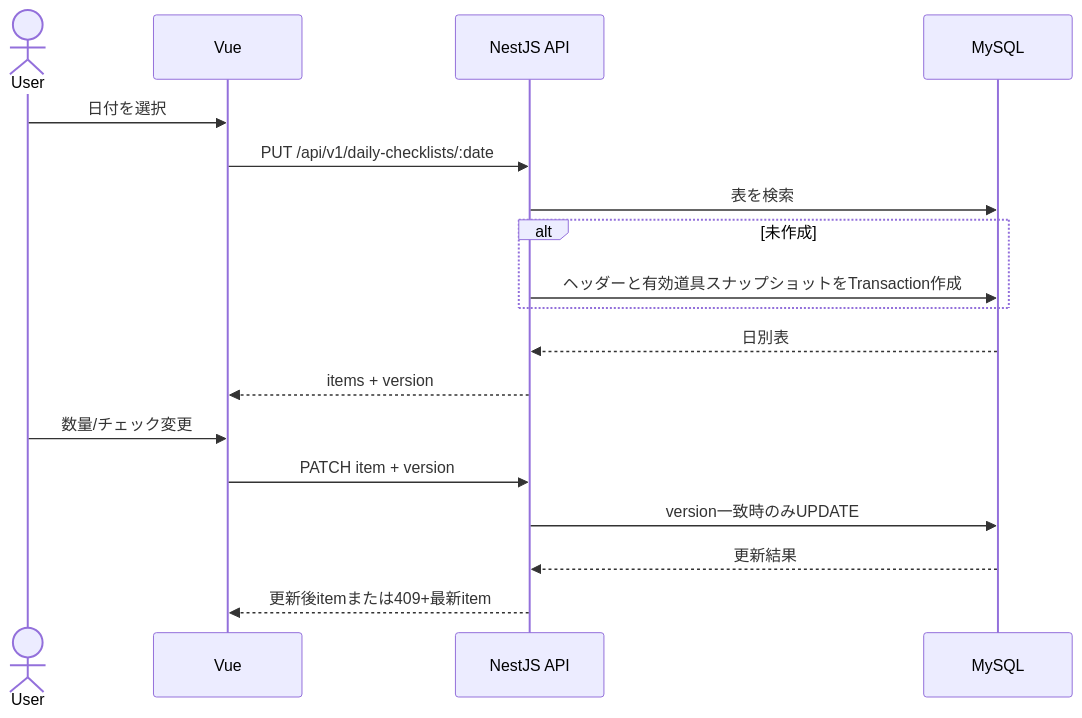
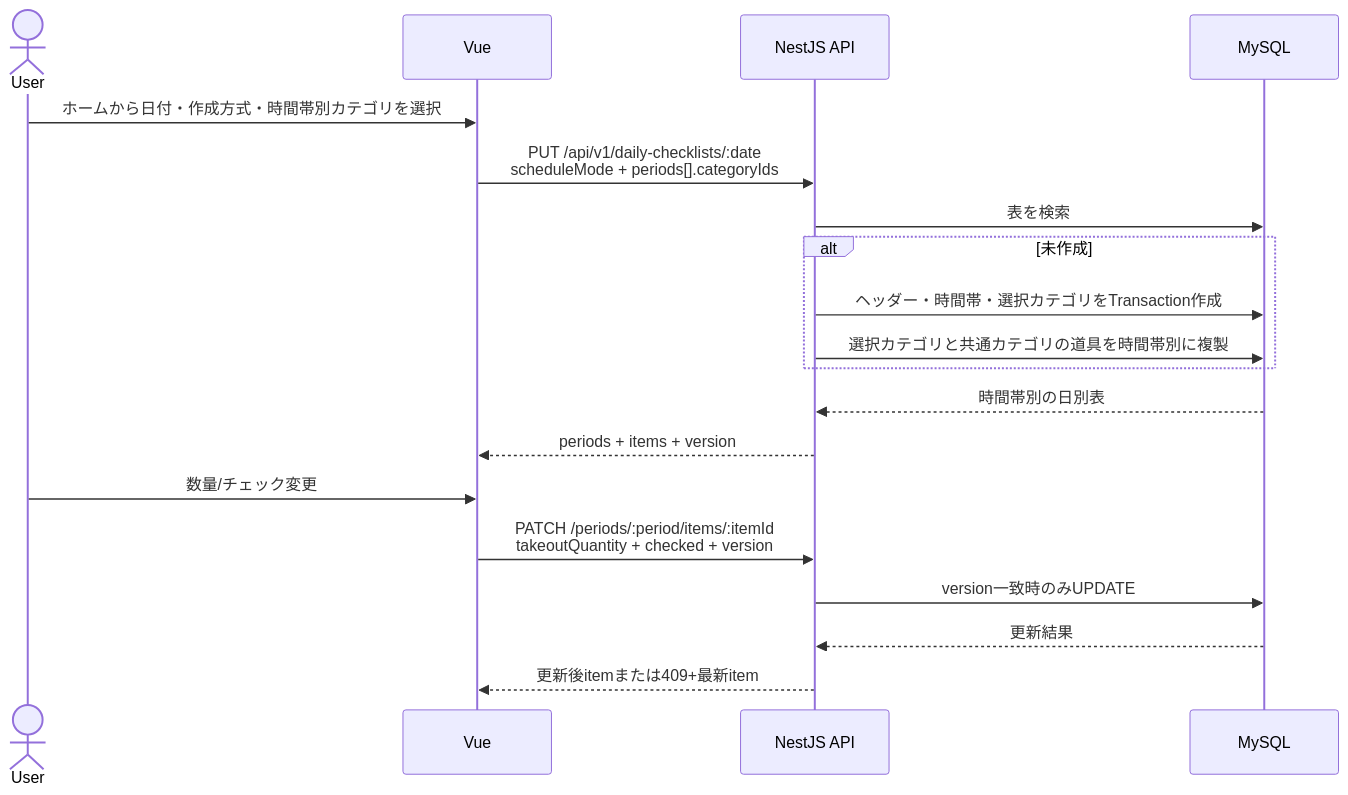
One commit to Hiroyuki-12/FieldFlow changed the diagram in docs/design/application-architecture.md. Above: the diagram before and after it, drawn with Mermaid. The commit also changed 14 other files, not shown here.

````diff
--- a/docs/design/application-architecture.md
+++ b/docs/design/application-architecture.md
@@ -64,20 +64,21 @@
 ```mermaid
 sequenceDiagram
     actor User
     participant Vue
     participant Nest as NestJS API
     participant DB as MySQL
-    User->>Vue: 日付を選択
-    Vue->>Nest: PUT /api/v1/daily-checklists/:date
+    User->>Vue: ホームから日付・作成方式・時間帯別カテゴリを選択
+    Vue->>Nest: PUT /api/v1/daily-checklists/:date<br/>scheduleMode + periods[].categoryIds
     Nest->>DB: 表を検索
     alt 未作成
-      Nest->>DB: ヘッダーと有効道具スナップショットをTransaction作成
+      Nest->>DB: ヘッダー・時間帯・選択カテゴリをTransaction作成
+      Nest->>DB: 選択カテゴリと共通カテゴリの道具を時間帯別に複製
     end
-    DB-->>Nest: 日別表
-    Nest-->>Vue: items + version
+    DB-->>Nest: 時間帯別の日別表
+    Nest-->>Vue: periods + items + version
     User->>Vue: 数量/チェック変更
-    Vue->>Nest: PATCH item + version
+    Vue->>Nest: PATCH /periods/:period/items/:itemId<br/>takeoutQuantity + checked + version
     Nest->>DB: version一致時のみUPDATE
     DB-->>Nest: 更新結果
     Nest-->>Vue: 更新後itemまたは409+最新item
 ```
````
